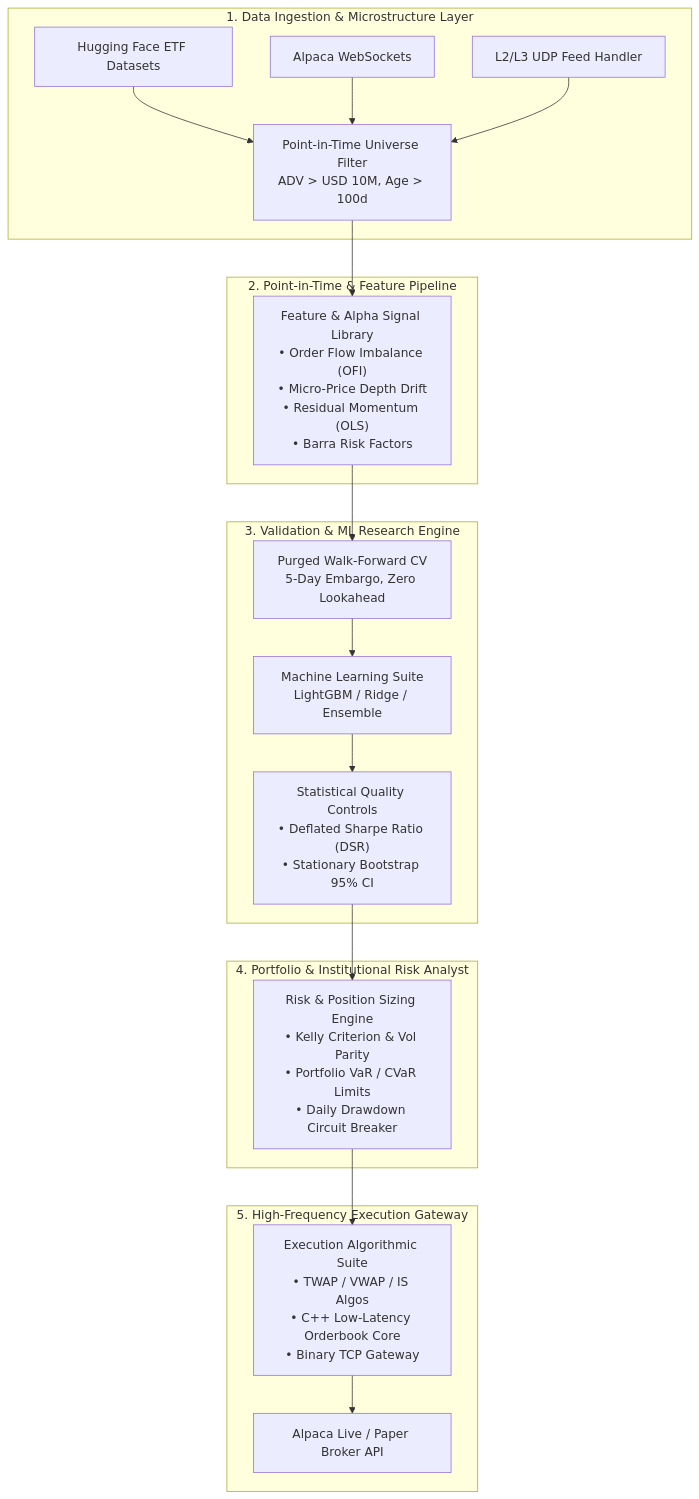
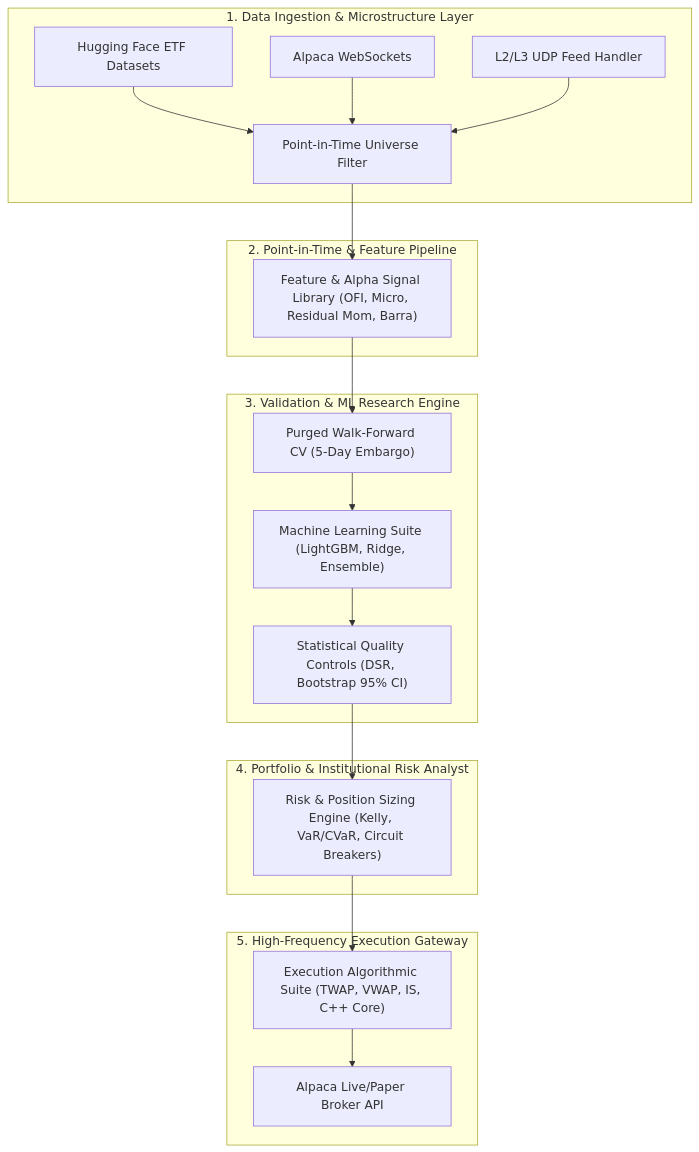
Before and after one commit to ypeng12/Quant.ai: the diagram in README.md, drawn with Mermaid.

Commit message:
fix(readme): simplify mermaid diagram syntax for github compatibility

````diff
--- a/README.md
+++ b/README.md
@@ -44,31 +44,31 @@
 ```mermaid
-flowchart TD
-    subgraph Data_Ingestion["1. Data Ingestion & Microstructure Layer"]
+graph TD
+    subgraph Layer1["1. Data Ingestion & Microstructure Layer"]
         HF["Hugging Face ETF Datasets"] --> PIT
         AP_WS["Alpaca WebSockets"] --> PIT
         UDP_Feed["L2/L3 UDP Feed Handler"] --> PIT
     end
 
-    subgraph PIT_Engine["2. Point-in-Time & Feature Pipeline"]
-        PIT["Point-in-Time Universe Filter<br/>ADV > USD 10M, Age > 100d"] --> FEAT
-        FEAT["Feature & Alpha Signal Library<br/>• Order Flow Imbalance (OFI)<br/>• Micro-Price Depth Drift<br/>• Residual Momentum (OLS)<br/>• Barra Risk Factors"]
+    subgraph Layer2["2. Point-in-Time & Feature Pipeline"]
+        PIT["Point-in-Time Universe Filter"] --> FEAT
+        FEAT["Feature & Alpha Signal Library (OFI, Micro, Residual Mom, Barra)"]
     end
 
-    subgraph Validation["3. Validation & ML Research Engine"]
+    subgraph Layer3["3. Validation & ML Research Engine"]
         FEAT --> PWF
-        PWF["Purged Walk-Forward CV<br/>5-Day Embargo, Zero Lookahead"] --> ML
-        ML["Machine Learning Suite<br/>LightGBM / Ridge / Ensemble"] --> EVAL
-        EVAL["Statistical Quality Controls<br/>• Deflated Sharpe Ratio (DSR)<br/>• Stationary Bootstrap 95% CI"]
+        PWF["Purged Walk-Forward CV (5-Day Embargo)"] --> ML
+        ML["Machine Learning Suite (LightGBM, Ridge, Ensemble)"] --> EVAL
+        EVAL["Statistical Quality Controls (DSR, Bootstrap 95% CI)"]
     end
 
-    subgraph Risk_Manager["4. Portfolio & Institutional Risk Analyst"]
+    subgraph Layer4["4. Portfolio & Institutional Risk Analyst"]
         EVAL --> RISK
-        RISK["Risk & Position Sizing Engine<br/>• Kelly Criterion & Vol Parity<br/>• Portfolio VaR / CVaR Limits<br/>• Daily Drawdown Circuit Breaker"]
+        RISK["Risk & Position Sizing Engine (Kelly, VaR/CVaR, Circuit Breakers)"]
     end
 
-    subgraph Execution["5. High-Frequency Execution Gateway"]
+    subgraph Layer5["5. High-Frequency Execution Gateway"]
         RISK --> EXEC
-        EXEC["Execution Algorithmic Suite<br/>• TWAP / VWAP / IS Algos<br/>• C++ Low-Latency Orderbook Core<br/>• Binary TCP Gateway"] --> ALPACA
-        ALPACA["Alpaca Live / Paper Broker API"]
+        EXEC["Execution Algorithmic Suite (TWAP, VWAP, IS, C++ Core)"] --> ALPACA
+        ALPACA["Alpaca Live/Paper Broker API"]
     end
 ```
````
